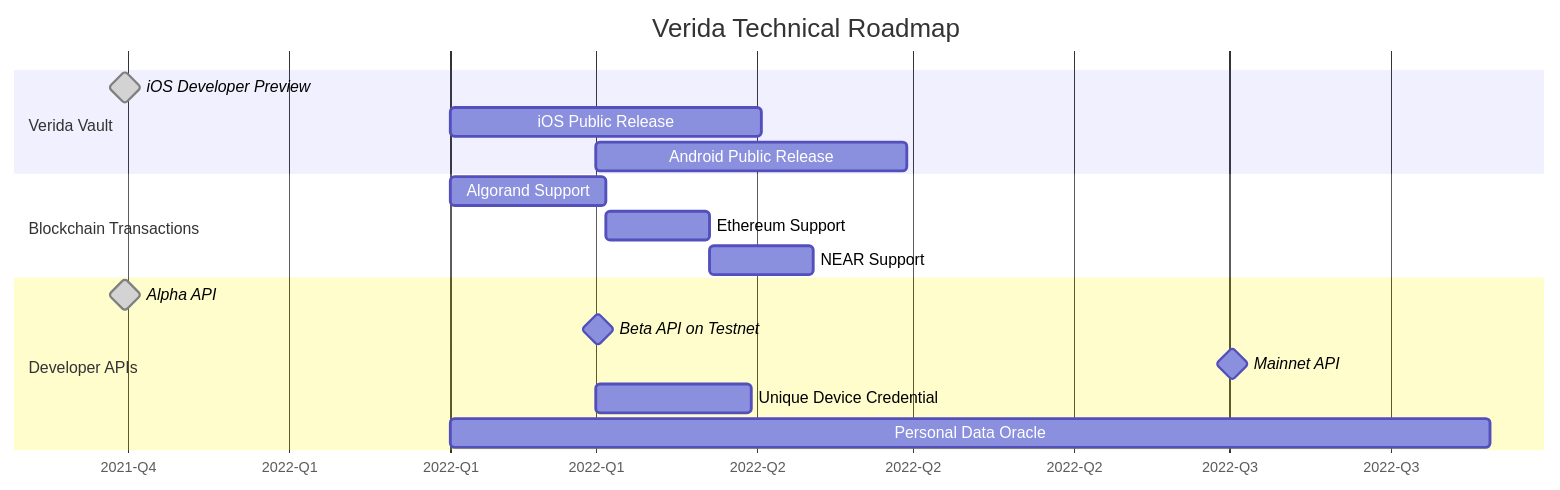
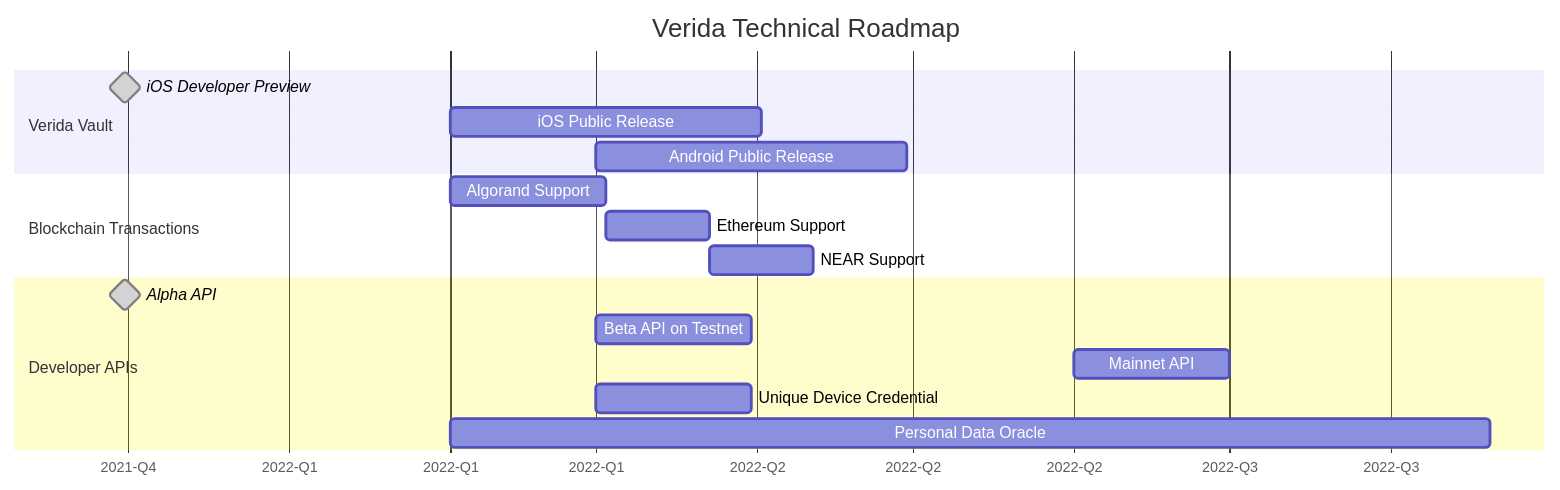
Before and after one commit to verida/documentation: the diagram in docs/capabilities.md, drawn with Mermaid.

Commit message:
fix date ranges

````diff
--- a/docs/capabilities.md
+++ b/docs/capabilities.md
@@ -117,24 +117,24 @@
 ```mermaid
 gantt
     title Verida Technical Roadmap
     dateFormat  YYYY-MM-DD
     axisFormat  %Y-Q%q
     todayMarker off
     section Verida Vault
         iOS Developer Preview       :milestone, done, iOSDev, 2021-11-30, 1d
         iOS Public Release          :iOSR1, 2022-02-01, 60d
         Android Public Release      :androidR1, 2022-03-01, 60d
     section Blockchain Transactions
         Algorand Support            :algo, 2022-02-01, 30d
         Ethereum Support            :eth, after algo, 20d
         NEAR Support                :near, after eth, 20d
 
     section Developer APIs
         Alpha API                   :milestone, done, iOSDev, 2021-11-30, 1d
-        Beta API on Testnet         :milestone, testnet, 2022-03-01, 1d
-        Mainnet API                 :milestone, mainnet, 2022-07-01, 1d
+        Beta API on Testnet         :testnet, 2022-03-01, 30d
+        Mainnet API                 :mainnet, 2022-06-01, 30d
         Unique Device Credential    :udc, 2022-03-01, 30d
         Personal Data Oracle        :pdo, 2022-02-01, 200d
 
 
 ```
````
